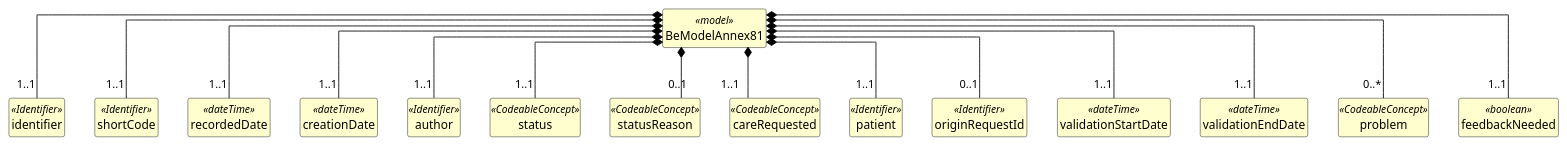
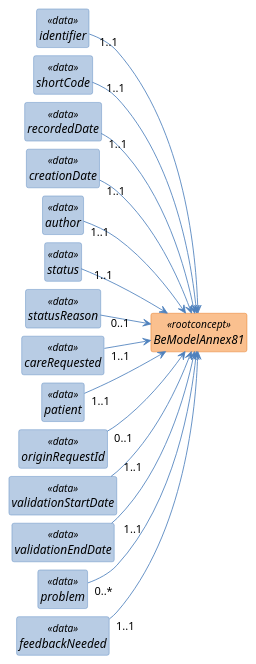
The diagram in exports/diagrams/BeModelAnnex81-uml.puml (caresets/caresets-src), drawn with PlantUML before and after one commit. The commit also changed 287 other files, not shown here.

```diff
--- a/exports/diagrams/BeModelAnnex81-uml.puml
+++ b/exports/diagrams/BeModelAnnex81-uml.puml
@@ -1,74 +1,81 @@
 @startuml
+left to right direction
 skinparam shadowing false
+skinparam nodesep 10
+skinparam ranksep 40
 skinparam classAttributeIconSize 0
-skinparam linetype ortho
 skinparam class {
-  BackgroundColor #FEFECE
-  BorderColor #000000
-  ArrowColor #000000
-  FontStyle bold
-  AttributeFontStyle normal
+  FontStyle italic
+  BackgroundColor<<rootconcept>> #FAC08F
+  BorderColor<<rootconcept>> #E36C0A
+  BackgroundColor<<data>> #B8CCE4
+  BorderColor<<data>> #4F81BD
+  BackgroundColor<<reference>> #D9D9D9
+  BorderColor<<reference>> #808080
+  BackgroundColor<<value set>> #C3D69B
+  BorderColor<<value set>> #77933C
+  ArrowColor #4F81BD
 }
 hide circle
 hide empty members
 
-class "BeModelAnnex81" as BeModelAnnex81 <<model>> {
+class "BeModelAnnex81" as BeModelAnnex81 <<rootconcept>> {
 }
 
-class "identifier" as BeModelAnnex81_identifier <<Identifier>> {
+class "identifier" as BeModelAnnex81_identifier <<data>> {
 }
 
-class "shortCode" as BeModelAnnex81_shortCode <<Identifier>> {
+class "shortCode" as BeModelAnnex81_shortCode <<data>> {
 }
 
-class "recordedDate" as BeModelAnnex81_recordedDate <<dateTime>> {
+class "recordedDate" as BeModelAnnex81_recordedDate <<data>> {
 }
 
-class "creationDate" as BeModelAnnex81_creationDate <<dateTime>> {
+class "creationDate" as BeModelAnnex81_creationDate <<data>> {
 }
 
-class "author" as BeModelAnnex81_author <<Identifier>> {
+class "author" as BeModelAnnex81_author <<data>> {
 }
 
-class "status" as BeModelAnnex81_status <<CodeableConcept>> {
+class "status" as BeModelAnnex81_status <<data>> {
 }
 
-class "statusReason" as BeModelAnnex81_statusReason <<CodeableConcept>> {
+class "statusReason" as BeModelAnnex81_statusReason <<data>> {
 }
 
-class "careRequested" as BeModelAnnex81_careRequested <<CodeableConcept>> {
+class "careRequested" as BeModelAnnex81_careRequested <<data>> {
 }
 
-class "patient" as BeModelAnnex81_patient <<Identifier>> {
+class "patient" as BeModelAnnex81_patient <<data>> {
 }
 
-class "originRequestId" as BeModelAnnex81_originRequestId <<Identifier>> {
+class "originRequestId" as BeModelAnnex81_originRequestId <<data>> {
 }
 
-class "validationStartDate" as BeModelAnnex81_validationStartDate <<dateTime>> {
+class "validationStartDate" as BeModelAnnex81_validationStartDate <<data>> {
 }
 
-class "validationEndDate" as BeModelAnnex81_validationEndDate <<dateTime>> {
+class "validationEndDate" as BeModelAnnex81_validationEndDate <<data>> {
 }
 
-class "problem" as BeModelAnnex81_problem <<CodeableConcept>> {
+class "problem" as BeModelAnnex81_problem <<data>> {
 }
 
-class "feedbackNeeded" as BeModelAnnex81_feedbackNeeded <<boolean>> {
+class "feedbackNeeded" as BeModelAnnex81_feedbackNeeded <<data>> {
 }
 
-BeModelAnnex81 *-- "1..1" BeModelAnnex81_identifier
-BeModelAnnex81 *-- "1..1" BeModelAnnex81_shortCode
-BeModelAnnex81 *-- "1..1" BeModelAnnex81_recordedDate
-BeModelAnnex81 *-- "1..1" BeModelAnnex81_creationDate
-BeModelAnnex81 *-- "1..1" BeModelAnnex81_author
-BeModelAnnex81 *-- "1..1" BeModelAnnex81_status
-BeModelAnnex81 *-- "0..1" BeModelAnnex81_statusReason
-BeModelAnnex81 *-- "1..1" BeModelAnnex81_careRequested
-BeModelAnnex81 *-- "1..1" BeModelAnnex81_patient
-BeModelAnnex81 *-- "0..1" BeModelAnnex81_originRequestId
-BeModelAnnex81 *-- "1..1" BeModelAnnex81_validationStartDate
-BeModelAnnex81 *-- "1..1" BeModelAnnex81_validationEndDate
-BeModelAnnex81 *-- "0..*" BeModelAnnex81_problem
-BeModelAnnex81 *-- "1..1" BeModelAnnex81_feedbackNeeded
+BeModelAnnex81_identifier "1..1" --> BeModelAnnex81
+BeModelAnnex81_shortCode "1..1" --> BeModelAnnex81
+BeModelAnnex81_recordedDate "1..1" --> BeModelAnnex81
+BeModelAnnex81_creationDate "1..1" --> BeModelAnnex81
+BeModelAnnex81_author "1..1" --> BeModelAnnex81
+BeModelAnnex81_status "1..1" --> BeModelAnnex81
+BeModelAnnex81_statusReason "0..1" --> BeModelAnnex81
+BeModelAnnex81_careRequested "1..1" --> BeModelAnnex81
+BeModelAnnex81_patient "1..1" --> BeModelAnnex81
+BeModelAnnex81_originRequestId "0..1" --> BeModelAnnex81
+BeModelAnnex81_validationStartDate "1..1" --> BeModelAnnex81
+BeModelAnnex81_validationEndDate "1..1" --> BeModelAnnex81
+BeModelAnnex81_problem "0..*" --> BeModelAnnex81
+BeModelAnnex81_feedbackNeeded "1..1" --> BeModelAnnex81
 @enduml
```
